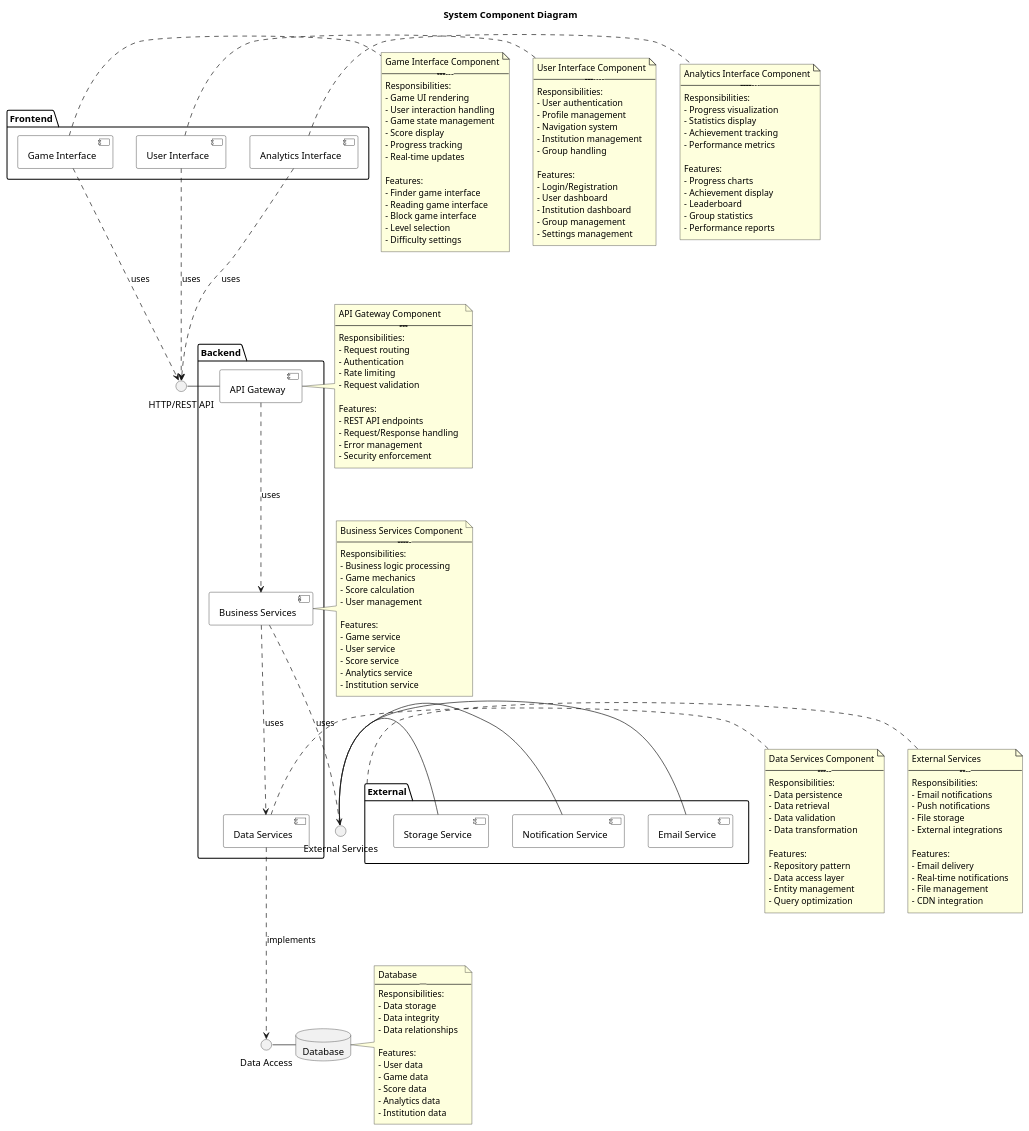
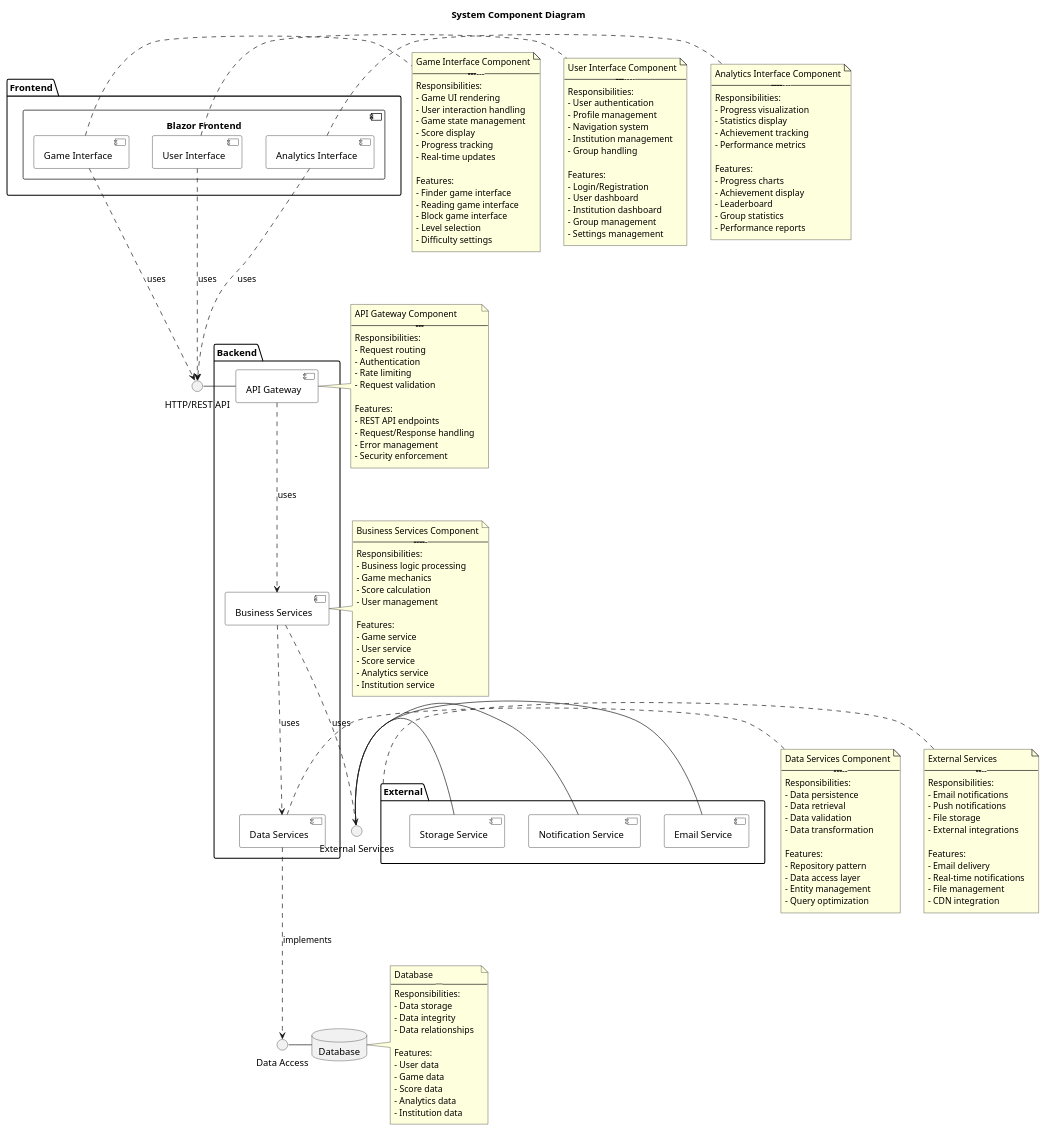
One commit to Saukys/se-24-psi2 changed the diagram in docs/component-diagram.puml. Above: the diagram before and after it, drawn with PlantUML. The commit also changed 4 other files, not shown here.

Commit message:
Refactor UML diagrams to enhance clarity and detail, including updates to class, component, deployment, sequence, and state diagrams. Removed obsolete classes, restructured components, and added new states and transitions for improved group management.

```diff
--- a/docs/component-diagram.puml
+++ b/docs/component-diagram.puml
@@ -34,9 +34,11 @@
 
 ' Main Components
 package "Frontend" {
-    component "Game Interface" as gameUI
-    component "User Interface" as userUI
-    component "Analytics Interface" as analyticsUI
+    component "Blazor Frontend" as frontend {
+        component "Game Interface" as gameUI
+        component "User Interface" as userUI
+        component "Analytics Interface" as analyticsUI
+    }
 }
 
 package "Backend" {
```
